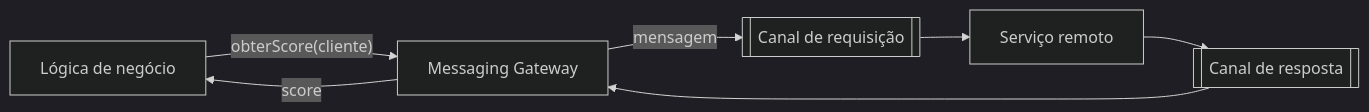
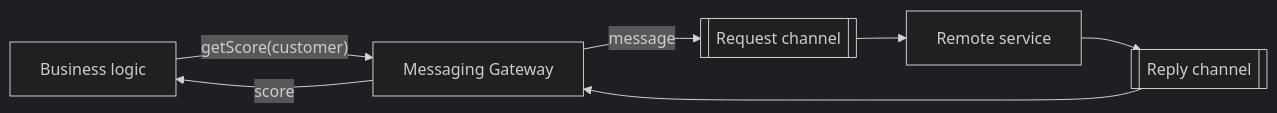
The diagram in docs/architecture/eip/messaging-endpoints/messaging-gateway.md (alancesar/design-patterns), drawn with Mermaid (dark theme) before and after one commit. The commit also changed 258 other files, not shown here.

First line of the commit message:
Translate Mermaid diagrams to English

````diff
--- a/docs/architecture/eip/messaging-endpoints/messaging-gateway.md
+++ b/docs/architecture/eip/messaging-endpoints/messaging-gateway.md
@@ -51,9 +51,9 @@
 ```mermaid
 flowchart LR
-    A["Lógica de negócio"] -->|"obterScore(cliente)"| G["Messaging Gateway"]
-    G -->|"mensagem"| C[["Canal de requisição"]]
-    C --> S["Serviço remoto"]
-    S --> R[["Canal de resposta"]]
+    A["Business logic"] -->|"getScore(customer)"| G["Messaging Gateway"]
+    G -->|"message"| C[["Request channel"]]
+    C --> S["Remote service"]
+    S --> R[["Reply channel"]]
     R --> G
     G -->|"score"| A
 ```
````
